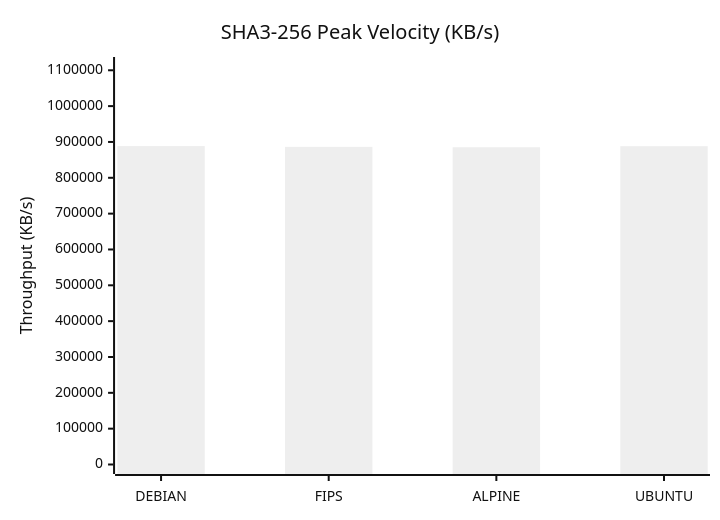
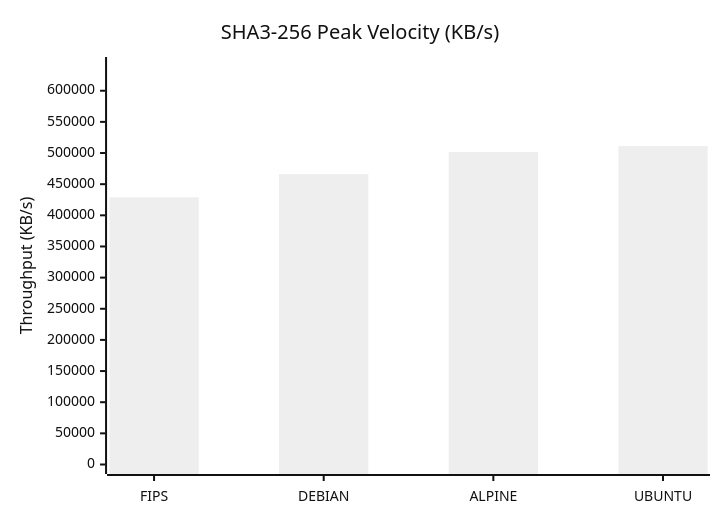
Before and after one commit to taha2samy/openssl_fips: the third of 9 diagrams in docs/Comparison_Report.md, drawn with Mermaid (neutral theme). The commit also changed other lines of this file and 5 other files, not shown here.

````diff
--- a/docs/Comparison_Report.md
+++ b/docs/Comparison_Report.md
@@ -74,7 +74,7 @@
 ```mermaid
 xychart-beta
     title "SHA3-256 Peak Velocity (KB/s)"
-    x-axis [DEBIAN, FIPS, ALPINE, UBUNTU]
-    y-axis "Throughput (KB/s)" 0 --> 1110528
-    bar [888422.4, 886349.82, 885227.52, 888135.68]
+    x-axis [FIPS, DEBIAN, ALPINE, UBUNTU]
+    y-axis "Throughput (KB/s)" 0 --> 638904
+    bar [428939.03, 466001.92, 501744.8, 511123.46]
 ```
````
